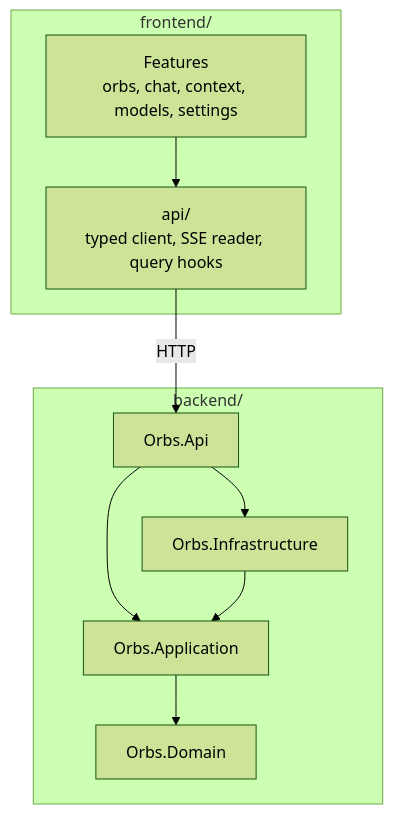
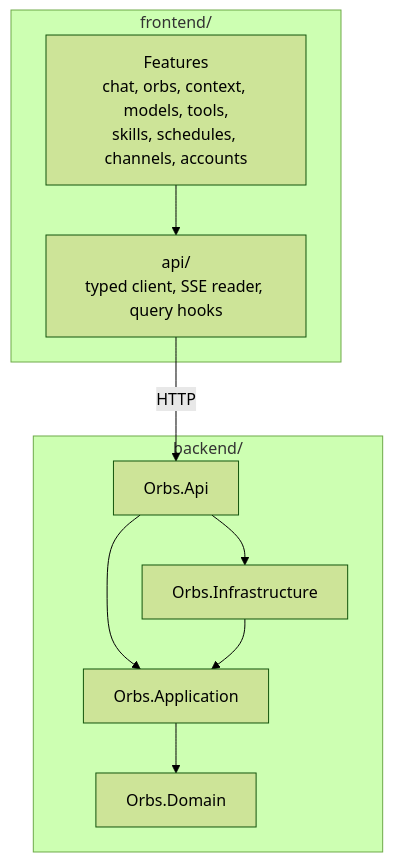
Before and after one commit to stijntersteege/orbs: the first of 3 diagrams in docs/architecture/05-building-block-view.md, drawn with Mermaid (forest theme). The commit also changed other lines of this file and 25 other files, not shown here.

````diff
--- a/docs/architecture/05-building-block-view.md
+++ b/docs/architecture/05-building-block-view.md
@@ -5,17 +5,17 @@
 ```mermaid
 flowchart TB
   subgraph Client[frontend/]
-    UI[Features<br/>orbs, chat, context, models, settings]
+    UI[Features<br/>chat, orbs, context, models, tools,<br/>skills, schedules, channels, accounts]
     APIc[api/<br/>typed client, SSE reader, query hooks]
     UI --> APIc
   end
   subgraph Server[backend/]
     Api[Orbs.Api]
     App[Orbs.Application]
     Dom[Orbs.Domain]
     Inf[Orbs.Infrastructure]
     Api --> App --> Dom
     Api --> Inf --> App
   end
   APIc -->|HTTP| Api
 ```
````
